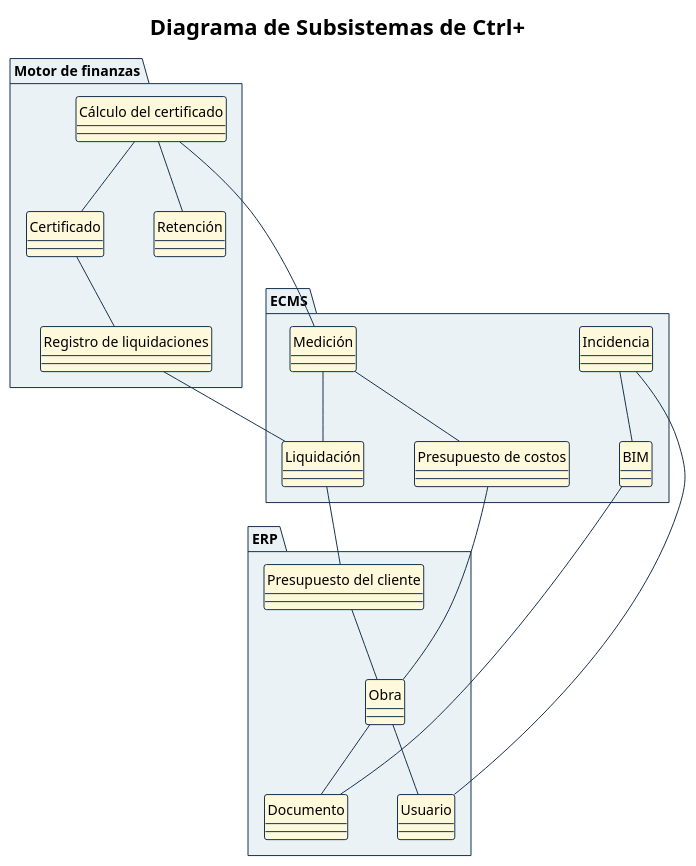
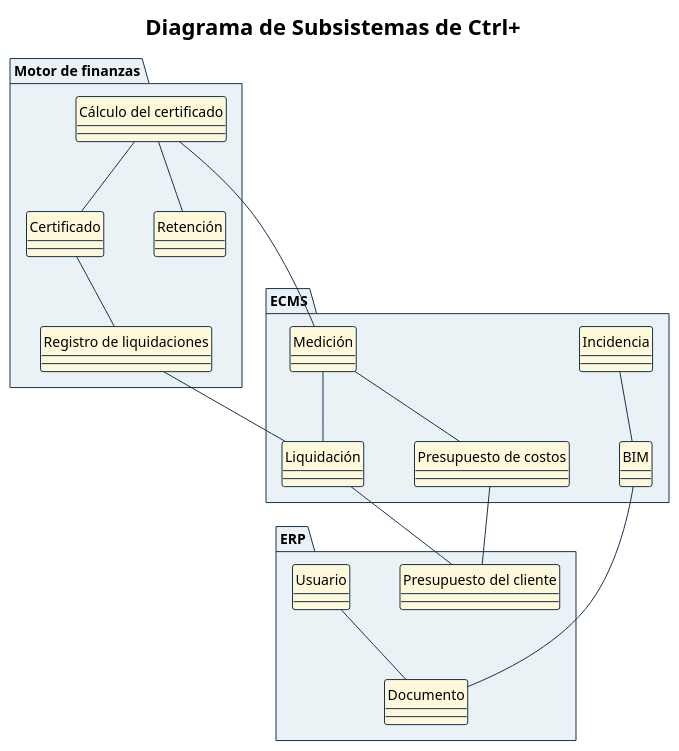
The diagram in diagramas/CU-00-paquetes.puml (Ssrrb/tpf-uca), drawn with PlantUML before and after one commit.

Commit message:
Ajustar conexiones del diagrama de subsistemas
Claude-Session: https://claude.ai/code/session_01SsyG3wUJjJavC4bKm9ePMa

```diff
--- a/diagramas/CU-00-paquetes.puml
+++ b/diagramas/CU-00-paquetes.puml
@@ -1,87 +1,83 @@
 @startuml
 !theme plain
 skinparam style strictuml
 skinparam shadowing false
 skinparam defaultFontName Arial
 skinparam defaultFontSize 14
 skinparam ArrowColor #17324D
 skinparam activity {
   StartColor #17324D
   EndColor #17324D
   BarColor #17324D
   BackgroundColor #F5F8FA
   BorderColor #17324D
   DiamondBackgroundColor #EAF2F6
   DiamondBorderColor #17324D
 }
 skinparam swimlane {
   BorderColor #17324D
   TitleBackgroundColor #EAF2F6
 }
 skinparam state {
   StartColor #17324D
   EndColor #17324D
   BackgroundColor #F5F8FA
   BorderColor #17324D
 }
 skinparam package {
   BackgroundColor #EAF2F6
   BorderColor #17324D
 }
 skinparam note {
   BackgroundColor #FFFFFF
   BorderColor #17324D
 }
 title Diagrama de Subsistemas de Ctrl+
 skinparam nodesep 50
 skinparam ranksep 70
 skinparam package {
   BackgroundColor #EAF2F6
   BorderColor #17324D
 }
 
 
 show circle
 skinparam classBackgroundColor #FFF9DB
 skinparam classBorderColor #17324D
 
 package "Motor de finanzas" {
   class "Cálculo del certificado" as CalculoCertificado
   class "Certificado" as Certificado
   class "Registro de liquidaciones" as RegistroLiquidacion
   class "Retención" as Retencion
 }
 
 package "ECMS" {
   class "Medición" as Medicion
   class "Liquidación" as Liquidacion
   class "Presupuesto de costos" as PresupuestoCostos
   class "Incidencia" as Incidencia
   class "BIM" as Modelo
 }
 
 package "ERP" {
   class "Presupuesto del cliente" as Contrato
-  class "Obra" as Obra
   class "Usuario" as Usuario
   class "Documento" as Documento
 }
 
 CalculoCertificado -- Certificado
 CalculoCertificado -- Retencion
 Certificado -- RegistroLiquidacion
 Medicion -- Liquidacion
 Medicion -- PresupuestoCostos
 Incidencia -- Modelo
-Contrato -- Obra
-Obra -- Usuario
-Obra -- Documento
 
 CalculoCertificado -- Medicion
 RegistroLiquidacion -- Liquidacion
 Liquidacion -- Contrato
-PresupuestoCostos -- Obra
-Incidencia -- Usuario
+PresupuestoCostos -- Contrato
+Usuario -- Documento
 Modelo -- Documento
 
 @enduml
```
